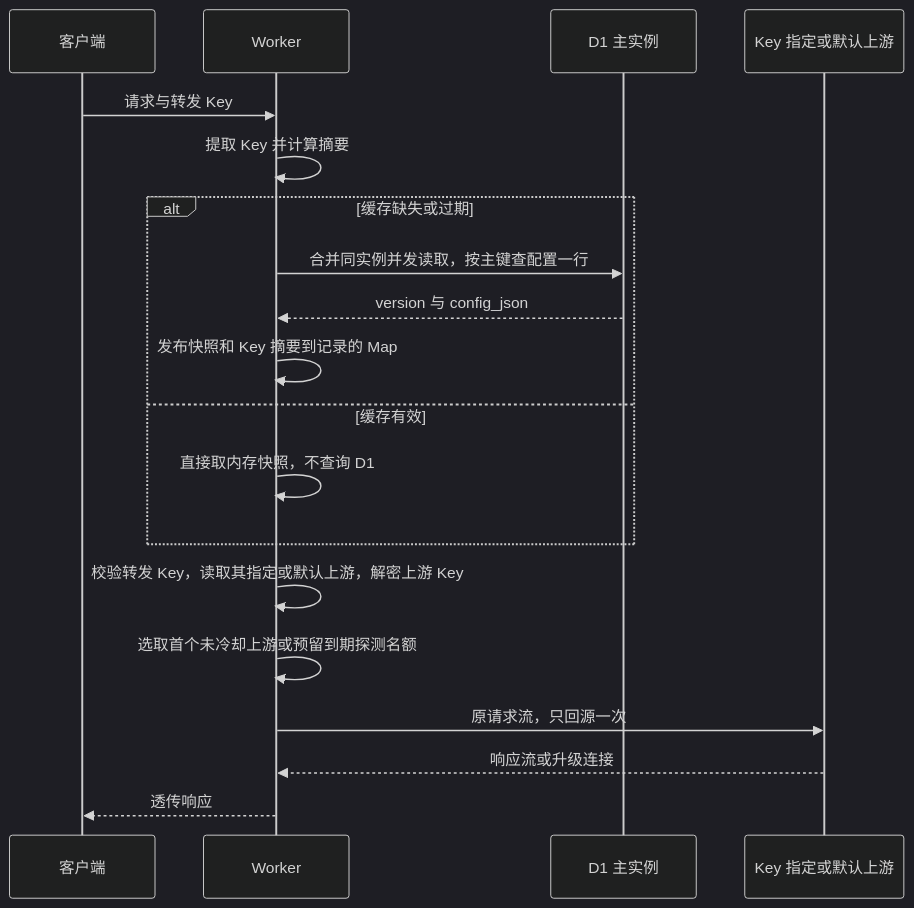
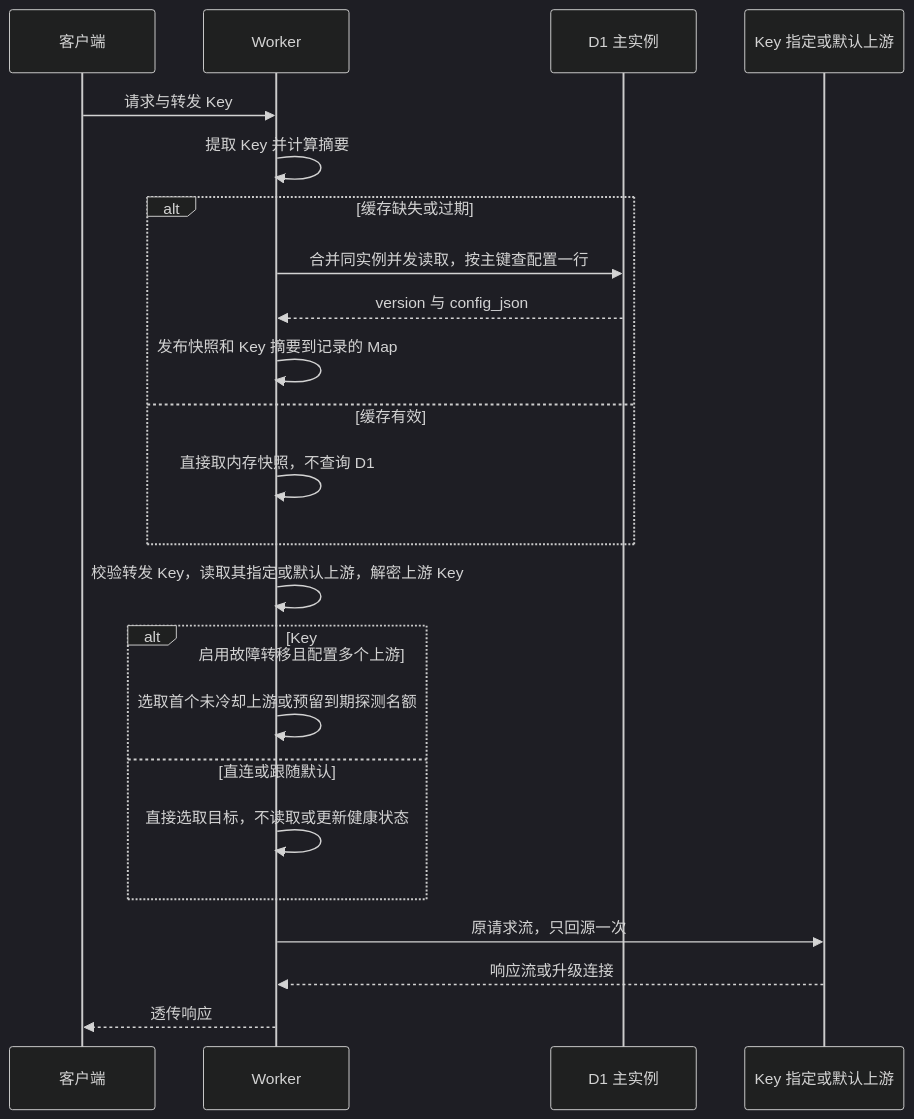
One commit to DeltaB-Lab/thin-proxy changed the second of 2 diagrams in docs/03-架构文档.md. Above: the diagram before and after it, drawn with Mermaid (dark theme). The commit also changed other lines of this file and 16 other files, not shown here.

````diff
--- a/docs/03-架构文档.md
+++ b/docs/03-架构文档.md
@@ -59,21 +59,25 @@
 ```mermaid
 sequenceDiagram
     participant C as 客户端
     participant W as Worker
     participant D as D1 主实例
     participant U as Key 指定或默认上游
     C->>W: 请求与转发 Key
     W->>W: 提取 Key 并计算摘要
     alt 缓存缺失或过期
         W->>D: 合并同实例并发读取，按主键查配置一行
         D-->>W: version 与 config_json
         W->>W: 发布快照和 Key 摘要到记录的 Map
     else 缓存有效
         W->>W: 直接取内存快照，不查询 D1
     end
     W->>W: 校验转发 Key，读取其指定或默认上游，解密上游 Key
-    W->>W: 选取首个未冷却上游或预留到期探测名额
+    alt Key 启用故障转移且配置多个上游
+        W->>W: 选取首个未冷却上游或预留到期探测名额
+    else 直连或跟随默认
+        W->>W: 直接选取目标，不读取或更新健康状态
+    end
     W->>U: 原请求流，只回源一次
     U-->>W: 响应流或升级连接
     W-->>C: 透传响应
 ```
````
